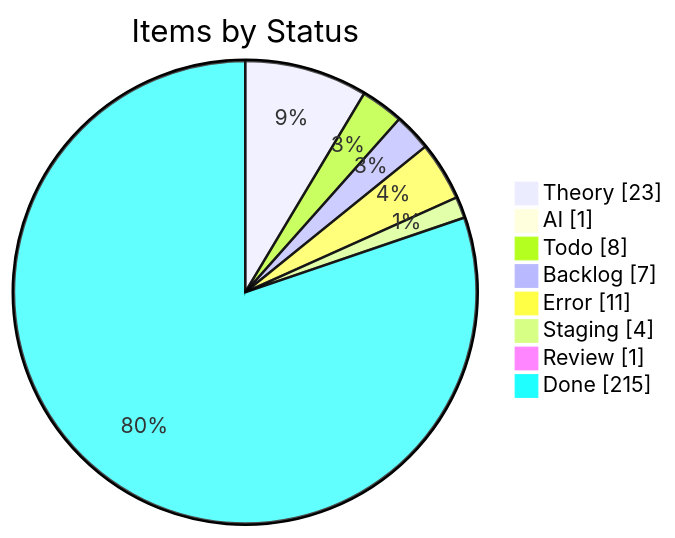
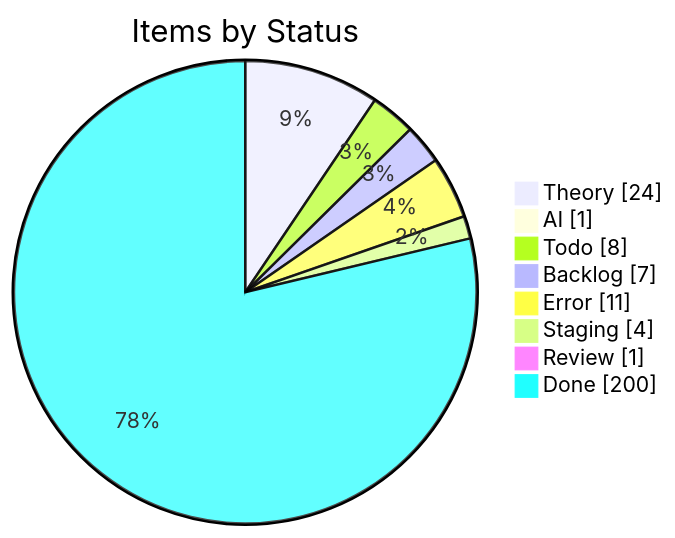
One commit to KBVE/kbve changed the first of 4 diagrams in apps/kbve/astro-kbve/src/content/docs/dashboard/kanban-data.mdx. Above: the diagram before and after it, drawn with Mermaid. The commit also changed other lines of this file and 8 other files, not shown here.

````diff
--- a/apps/kbve/astro-kbve/src/content/docs/dashboard/kanban-data.mdx
+++ b/apps/kbve/astro-kbve/src/content/docs/dashboard/kanban-data.mdx
@@ -55,12 +55,12 @@
 ```mermaid
 pie showData
     title Items by Status
-    "Theory" : 23
+    "Theory" : 24
     "AI" : 1
     "Todo" : 8
     "Backlog" : 7
     "Error" : 11
     "Staging" : 4
     "Review" : 1
-    "Done" : 215
+    "Done" : 200
 ```
````
